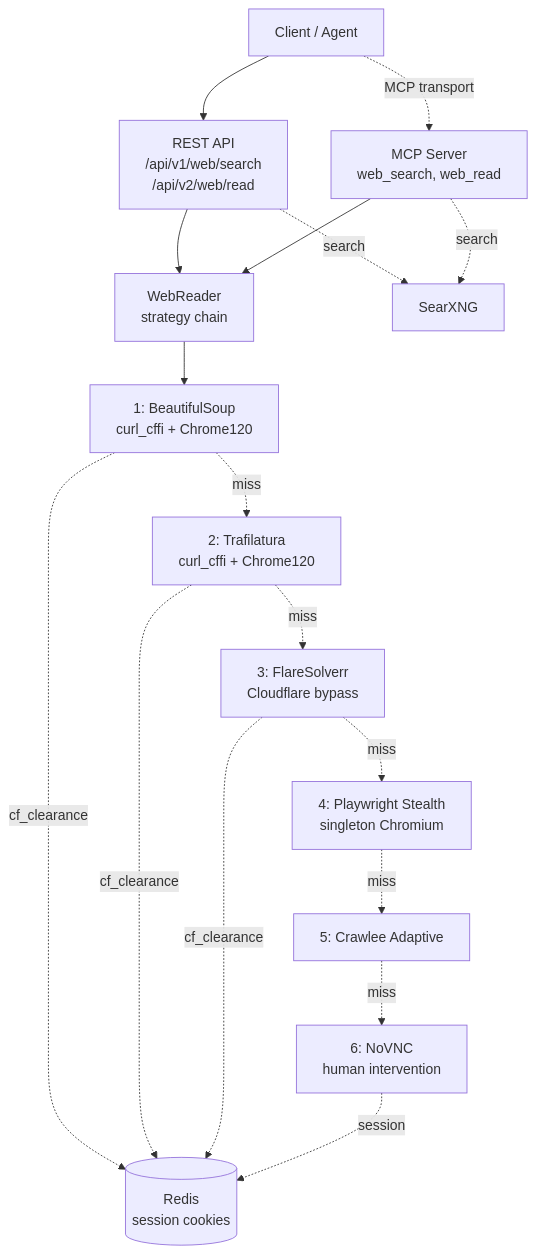
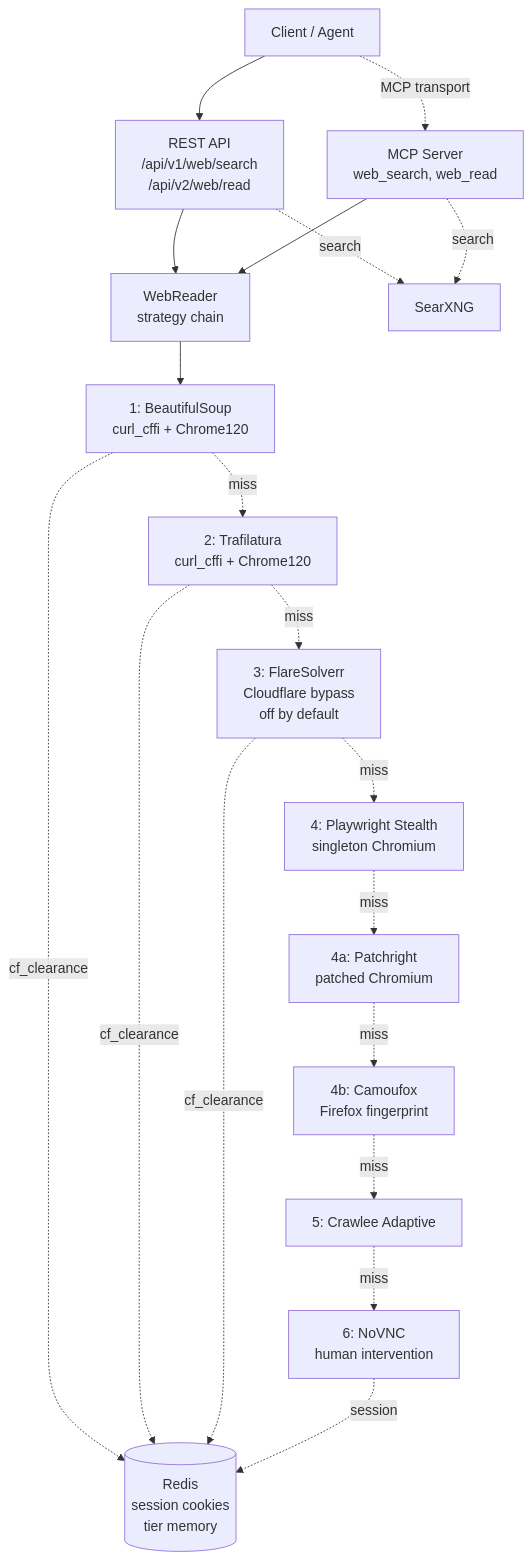
The diagram in apps/ascend-web-hunter/README.md (Lukk17/AscendAI), drawn with Mermaid before and after one commit. The commit also changed other lines of this file and 55 other files, not shown here.

Commit message:
feat(web-hunter): add patched browser tiers and tier memory

````diff
--- a/apps/ascend-web-hunter/README.md
+++ b/apps/ascend-web-hunter/README.md
@@ -66,30 +66,34 @@
 ```mermaid
 graph TB
     Client[Client / Agent]
     REST[REST API<br/>/api/v1/web/search<br/>/api/v2/web/read]
     MCP[MCP Server<br/>web_search, web_read]
     Reader[WebReader<br/>strategy chain]
     BS[1: BeautifulSoup<br/>curl_cffi + Chrome120]
     TR[2: Trafilatura<br/>curl_cffi + Chrome120]
-    FS[3: FlareSolverr<br/>Cloudflare bypass]
+    FS[3: FlareSolverr<br/>Cloudflare bypass<br/>off by default]
     PW[4: Playwright Stealth<br/>singleton Chromium]
+    PR[4a: Patchright<br/>patched Chromium]
+    CF[4b: Camoufox<br/>Firefox fingerprint]
     CR[5: Crawlee Adaptive]
     NV[6: NoVNC<br/>human intervention]
-    Redis[(Redis<br/>session cookies)]
+    Redis[(Redis<br/>session cookies<br/>tier memory)]
     SX[SearXNG]
 
     Client --> REST
     Client -.MCP transport.-> MCP
     REST --> Reader
     MCP --> Reader
     Reader --> BS
     BS -.miss.-> TR
     TR -.miss.-> FS
     FS -.miss.-> PW
-    PW -.miss.-> CR
+    PW -.miss.-> PR
+    PR -.miss.-> CF
+    CF -.miss.-> CR
     CR -.miss.-> NV
     BS & TR & FS -.cf_clearance.-> Redis
     NV -.session.-> Redis
     REST -.search.-> SX
     MCP -.search.-> SX
 ```
````
